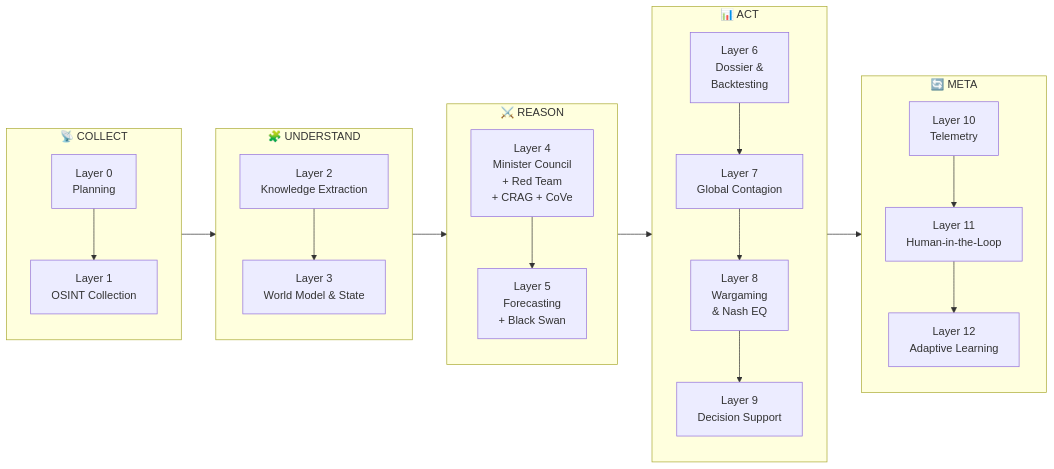
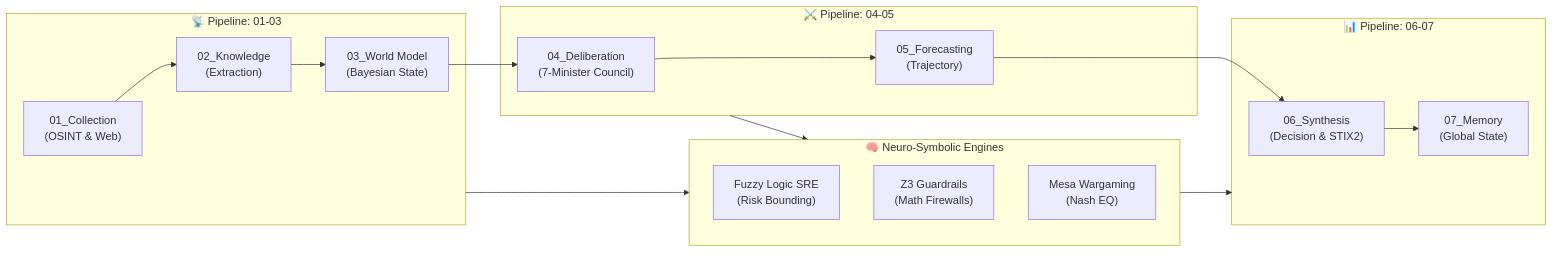
Before and after one commit to ABHISHEK1139/IND-Diplomat: the diagram in README.md, drawn with Mermaid. The commit also changed other lines of this file and 505 other files, not shown here.

Commit message:
feat: upgrade to DIP 3.0 neuro-symbolic architecture

````diff
--- a/README.md
+++ b/README.md
@@ -26,27 +16,27 @@
 ```mermaid
 flowchart LR
-    subgraph COLLECT["📡 COLLECT"]
-        L0["Layer 0\nPlanning"] --> L1["Layer 1\nOSINT Collection"]
+    subgraph COLLECT["📡 Pipeline: 01-03"]
+    L1["01_Collection\n(OSINT & Web)"] --> L2["02_Knowledge\n(Extraction)"]
+    L2 --> L3["03_World Model\n(Bayesian State)"]
     end
-
-    subgraph UNDERSTAND["🧩 UNDERSTAND"]
-        L2["Layer 2\nKnowledge Extraction"] --> L3["Layer 3\nWorld Model & State"]
+    
+    subgraph REASON["⚔️ Pipeline: 04-05"]
+    L3 --> L4["04_Deliberation\n(7-Minister Council)"]
+    L4 --> L5["05_Forecasting\n(Trajectory)"]
     end
-
-    subgraph REASON["⚔️ REASON"]
-        L4["Layer 4\nMinister Council\n+ Red Team\n+ CRAG + CoVe"] --> L5["Layer 5\nForecasting\n+ Black Swan"]
+    
+    subgraph ENGINES["🧠 Neuro-Symbolic Engines"]
+    F["Fuzzy Logic SRE\n(Risk Bounding)"]
+    Z3["Z3 Guardrails\n(Math Firewalls)"]
+    NASH["Mesa Wargaming\n(Nash EQ)"]
     end
-
-    subgraph ACT["📊 ACT"]
-        L6["Layer 6\nDossier &\nBacktesting"] --> L7["Layer 7\nGlobal Contagion"]
-        L7 --> L8["Layer 8\nWargaming\n& Nash EQ"]
-        L8 --> L9["Layer 9\nDecision Support"]
+    
+    subgraph ACT["📊 Pipeline: 06-07"]
+    L5 --> L6["06_Synthesis\n(Decision & STIX2)"]
+    L6 --> L7["07_Memory\n(Global State)"]
     end
-
-    subgraph META["🔄 META"]
-        L10["Layer 10\nTelemetry"] --> L11["Layer 11\nHuman-in-the-Loop"]
-        L11 --> L12["Layer 12\nAdaptive Learning"]
-    end
-
-    COLLECT --> UNDERSTAND --> REASON --> ACT --> META
+    
+    COLLECT --> ENGINES
+    REASON --> ENGINES
+    ENGINES --> ACT
 ```
````
